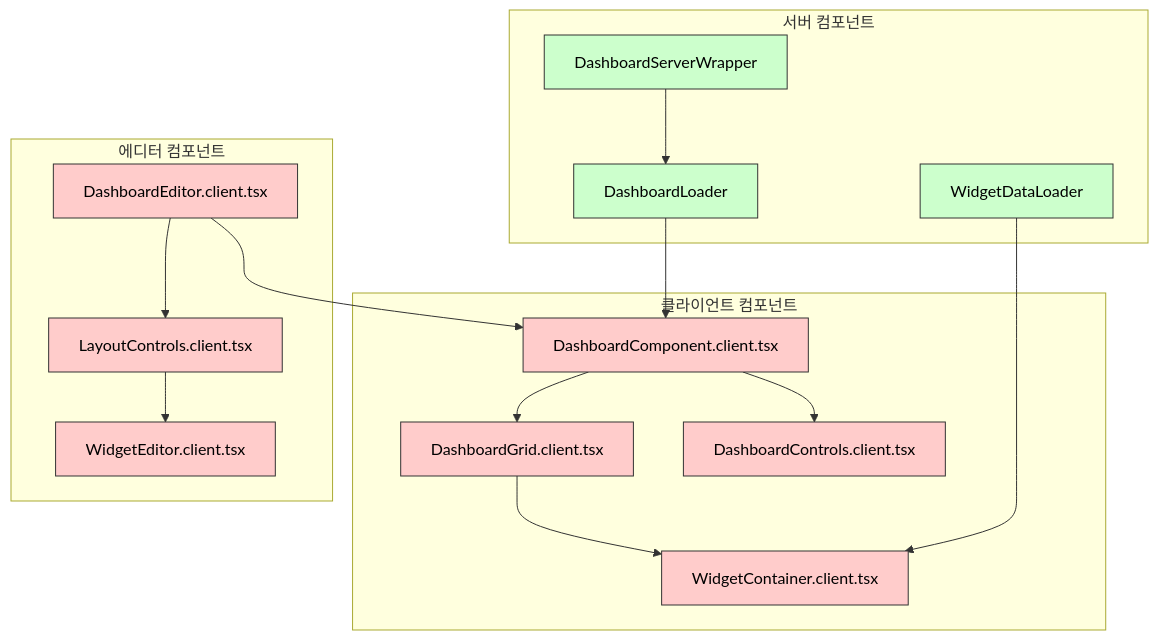
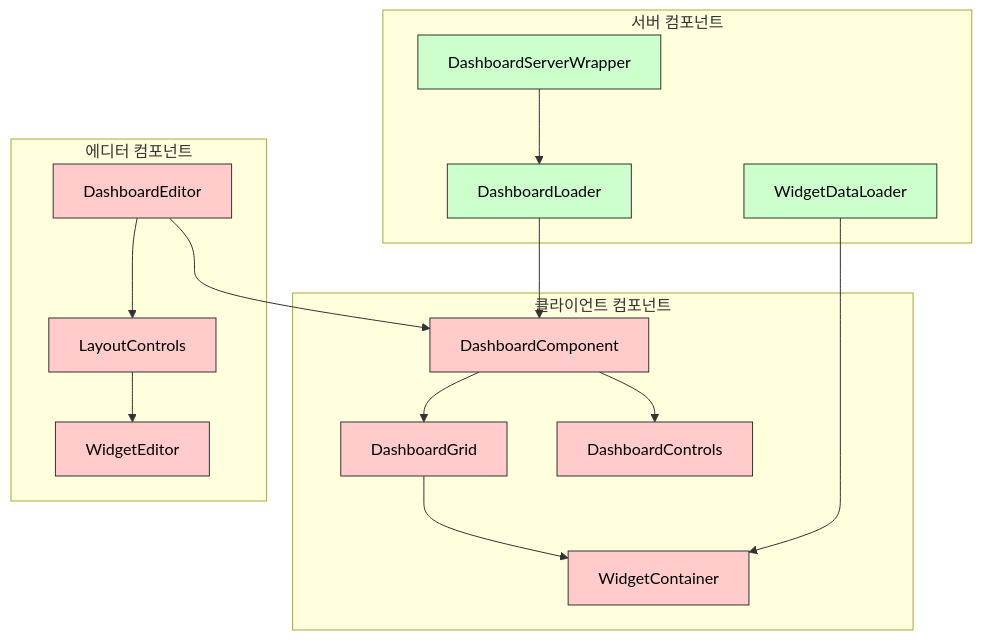
The tenth of 14 diagrams in frontend/architecture.md (Seungwoo321/etorch-docs), drawn with Mermaid before and after one commit. The commit also changed other lines of this file and 7 other files, not shown here.

````diff
--- a/frontend/architecture.md
+++ b/frontend/architecture.md
@@ -673,39 +679,39 @@
 ```mermaid
 flowchart TD
-    subgraph 서버 컴포넌트
+    subgraph "서버 컴포넌트"
         DashboardSSR[DashboardServerWrapper]
         DashboardLoader[DashboardLoader]
         WidgetDataLoader[WidgetDataLoader]
     end
     
-    subgraph 클라이언트 컴포넌트
-        DashboardComponent[DashboardComponent.client.tsx]
-        DashboardGrid[DashboardGrid.client.tsx]
-        DashboardControls[DashboardControls.client.tsx]
-        WidgetContainer[WidgetContainer.client.tsx]
+    subgraph "클라이언트 컴포넌트"
+        DashboardComponent[DashboardComponent]
+        DashboardGrid[DashboardGrid]
+        DashboardControls[DashboardControls]
+        WidgetContainer[WidgetContainer]
     end
     
-    subgraph 에디터 컴포넌트
-        DashboardEditor[DashboardEditor.client.tsx]
-        WidgetEditor[WidgetEditor.client.tsx]
-        LayoutControls[LayoutControls.client.tsx]
+    subgraph "에디터 컴포넌트"
+        DashboardEditor[DashboardEditor]
+        WidgetEditor[WidgetEditor]
+        LayoutControls[LayoutControls]
     end
     
     DashboardSSR --> DashboardLoader
     DashboardLoader --> DashboardComponent
     WidgetDataLoader --> WidgetContainer
     
     DashboardComponent --> DashboardGrid
     DashboardComponent --> DashboardControls
     DashboardGrid --> WidgetContainer
     
     DashboardEditor --> DashboardComponent
     DashboardEditor --> LayoutControls
     LayoutControls --> WidgetEditor
     
     classDef server fill:#ccffcc,stroke:#333,stroke-width:1px,color:#000;
     classDef client fill:#ffcccb,stroke:#333,stroke-width:1px,color:#000;
     
     class DashboardSSR,DashboardLoader,WidgetDataLoader server;
     class DashboardComponent,DashboardGrid,DashboardControls,WidgetContainer,DashboardEditor,WidgetEditor,LayoutControls client;
 ```
````
